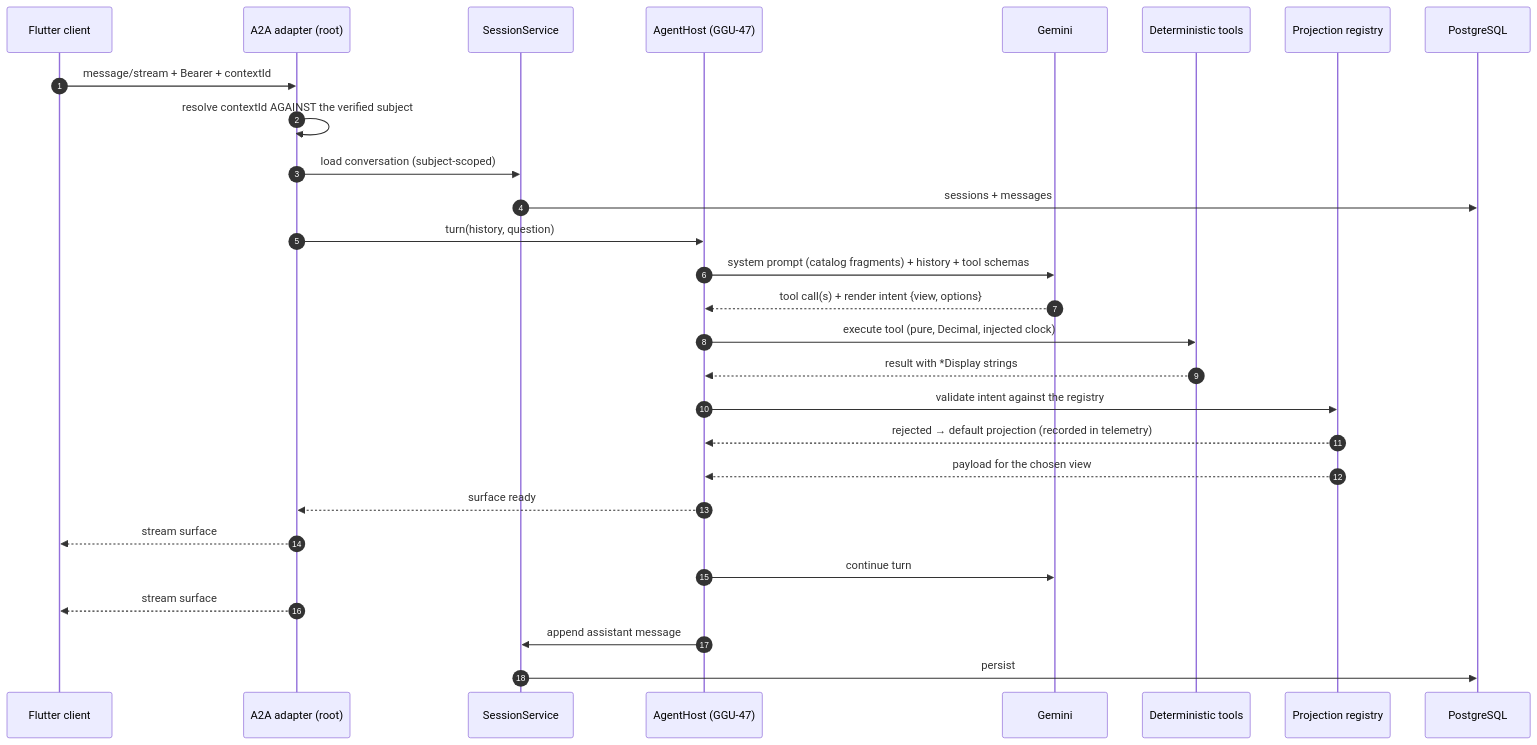
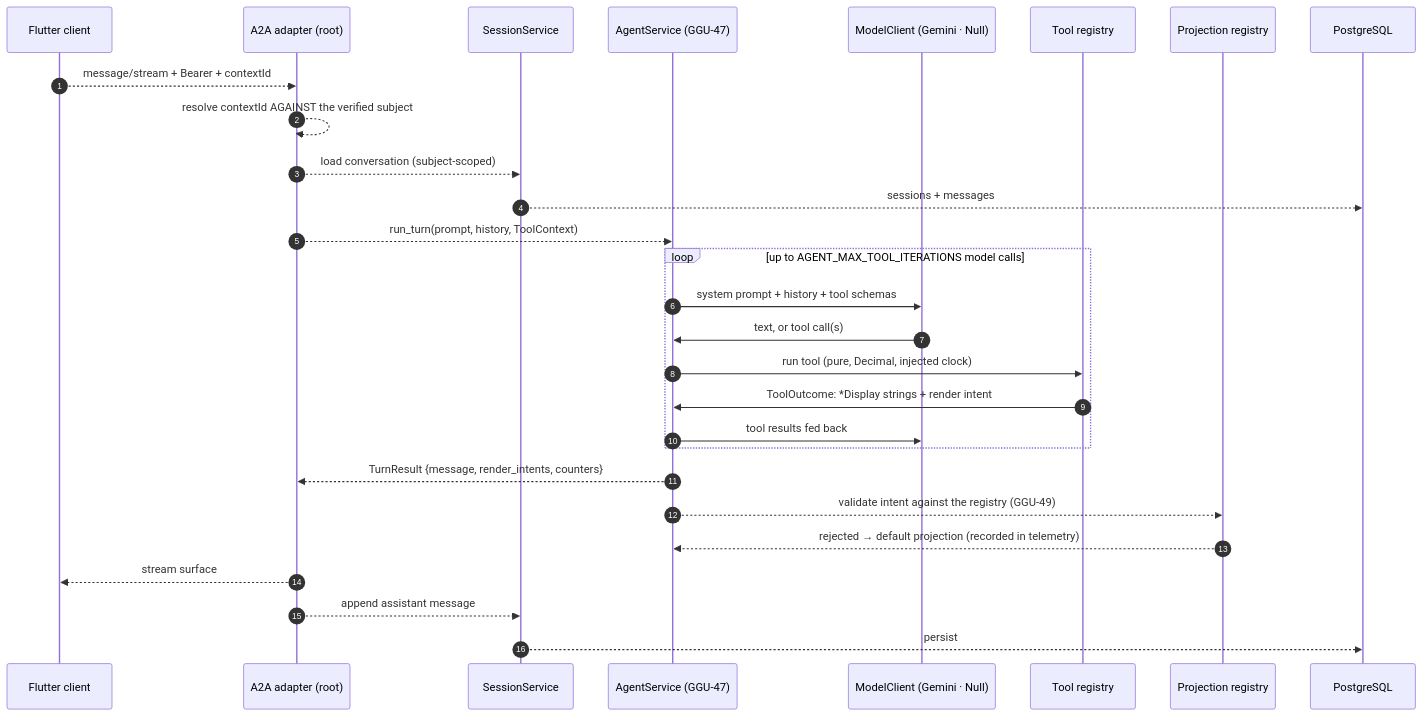
Before and after one commit to somnio-projects/finance-google-a2ui: the diagram in docs/diagrams/05-agent-turn.md, drawn with Mermaid. The commit also changed other lines of this file and 48 other files, not shown here.

````diff
--- a/docs/diagrams/05-agent-turn.md
+++ b/docs/diagrams/05-agent-turn.md
@@ -5,34 +12,39 @@
 ```mermaid
 sequenceDiagram
     autonumber
     participant C as Flutter client
     participant A as A2A adapter (root)
     participant S as SessionService
-    participant H as AgentHost (GGU-47)
-    participant M as Gemini
-    participant T as Deterministic tools
+    participant H as AgentService (GGU-47)
+    participant M as ModelClient (Gemini · Null)
+    participant T as Tool registry
     participant P as Projection registry
     participant DB as PostgreSQL
 
-    C->>A: message/stream + Bearer + contextId
-    A->>A: resolve contextId AGAINST the verified subject
-    A->>S: load conversation (subject-scoped)
-    S->>DB: sessions + messages
-    A->>H: turn(history, question)
-    H->>M: system prompt (catalog fragments) + history + tool schemas
-    M-->>H: tool call(s) + render intent {view, options}
-    H->>T: execute tool (pure, Decimal, injected clock)
-    T-->>H: result with *Display strings
-    H->>P: validate intent against the registry
+    C-->>A: message/stream + Bearer + contextId
+    A-->>A: resolve contextId AGAINST the verified subject
+    A-->>S: load conversation (subject-scoped)
+    S-->>DB: sessions + messages
+    A-->>H: run_turn(prompt, history, ToolContext)
+
+    loop up to AGENT_MAX_TOOL_ITERATIONS model calls
+        H->>M: system prompt + history + tool schemas
+        M->>H: text, or tool call(s)
+        H->>T: run tool (pure, Decimal, injected clock)
+        T->>H: ToolOutcome: *Display strings + render intent
+        H->>M: tool results fed back
+    end
+    H-->>A: TurnResult {message, render_intents, counters}
+
+    H-->>P: validate intent against the registry (GGU-49)
     P-->>H: rejected → default projection (recorded in telemetry)
-    P-->>H: payload for the chosen view
-    H-->>A: surface ready
-    A-->>C: stream surface #1
-    H->>M: continue turn
-    A-->>C: stream surface #2 …
-    H->>S: append assistant message
-    S->>DB: persist
+    A-->>C: stream surface #1, #2 …
+    A-->>S: append assistant message
+    S-->>DB: persist
 
-    %% First pixel is the time to surface #1, not to the last one.
+    %% Solid = shipped in GGU-47. Dashed = the surrounding tickets.
+    %% A turn emits exactly one agent.turn metric and one log line:
+    %% model, outcome, duration, counters — never prompt, result or subject.
+    %% An unknown or raising tool becomes {"error": ...} fed back, not a failed turn.
     %% The model picks a view; it never invents a shape or a number.
 ```
````
